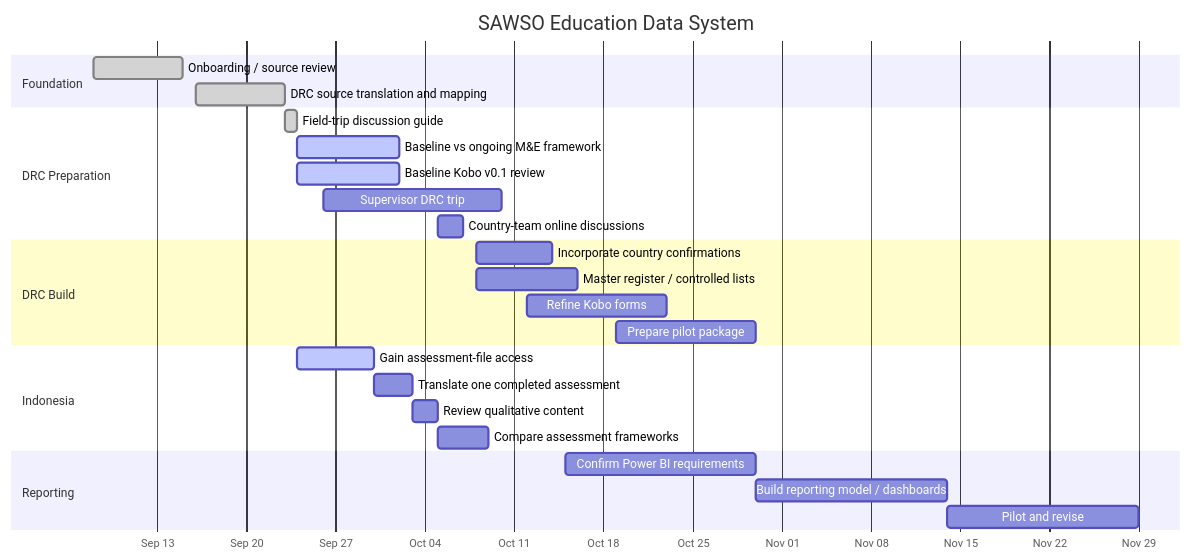
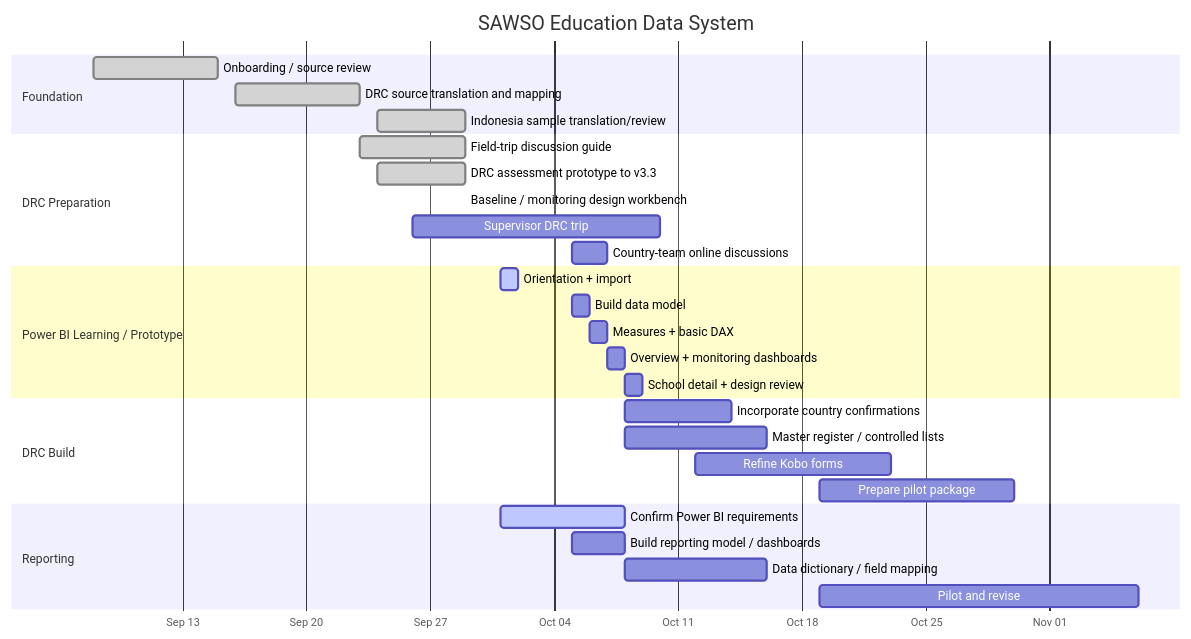
One commit to chipojaya1/sawso-education-data-system changed the diagram in planning/timeline.md. Above: the diagram before and after it, drawn with Mermaid. The commit also changed other lines of this file, not shown here.

Commit message:
Add Oct 1-8 Power BI sprint to project timeline

````diff
--- a/planning/timeline.md
+++ b/planning/timeline.md
@@ -5,34 +5,37 @@
 ```mermaid
 gantt
     title SAWSO Education Data System
     dateFormat  YYYY-MM-DD
     axisFormat  %b %d
 
     section Foundation
     Onboarding / source review              :done,    a1, 2026-09-08, 2026-09-15
     DRC source translation and mapping      :done,    a2, 2026-09-16, 2026-09-23
+    Indonesia sample translation/review     :done,    a3, 2026-09-24, 2026-09-29
 
     section DRC Preparation
-    Field-trip discussion guide             :done,    b1, 2026-09-23, 2026-09-24
-    Baseline vs ongoing M&E framework       :active,  b2, 2026-09-24, 2026-10-02
-    Baseline Kobo v0.1 review               :active,  b3, 2026-09-24, 2026-10-02
+    Field-trip discussion guide             :done,    b1, 2026-09-23, 2026-09-29
+    DRC assessment prototype to v3.3        :done,    b2, 2026-09-24, 2026-09-29
+    Baseline / monitoring design workbench  :done,    b3, 2026-09-29, 2026-09-29
     Supervisor DRC trip                     :         b4, 2026-09-26, 2026-10-10
     Country-team online discussions         :         b5, 2026-10-05, 2026-10-07
+
+    section Power BI Learning / Prototype
+    Orientation + import                    :active,  p1, 2026-10-01, 1d
+    Build data model                        :         p2, 2026-10-05, 1d
+    Measures + basic DAX                    :         p3, 2026-10-06, 1d
+    Overview + monitoring dashboards        :         p4, 2026-10-07, 1d
+    School detail + design review           :         p5, 2026-10-08, 1d
 
     section DRC Build
     Incorporate country confirmations       :         c1, 2026-10-08, 2026-10-14
     Master register / controlled lists      :         c2, 2026-10-08, 2026-10-16
     Refine Kobo forms                       :         c3, 2026-10-12, 2026-10-23
     Prepare pilot package                   :         c4, 2026-10-19, 2026-10-30
 
-    section Indonesia
-    Gain assessment-file access             :active,  d1, 2026-09-24, 2026-09-30
-    Translate one completed assessment      :         d2, after d1, 3d
-    Review qualitative content              :         d3, after d2, 2d
-    Compare assessment frameworks           :         d4, after d3, 4d
-
     section Reporting
-    Confirm Power BI requirements           :         e1, 2026-10-15, 2026-10-30
-    Build reporting model / dashboards      :         e2, after e1, 15d
-    Pilot and revise                        :         e3, after e2, 15d
+    Confirm Power BI requirements           :active,  e1, 2026-10-01, 2026-10-08
+    Build reporting model / dashboards      :         e2, 2026-10-05, 2026-10-08
+    Data dictionary / field mapping         :         e3, 2026-10-08, 2026-10-16
+    Pilot and revise                        :         e4, 2026-10-19, 2026-11-06
 ```
````
